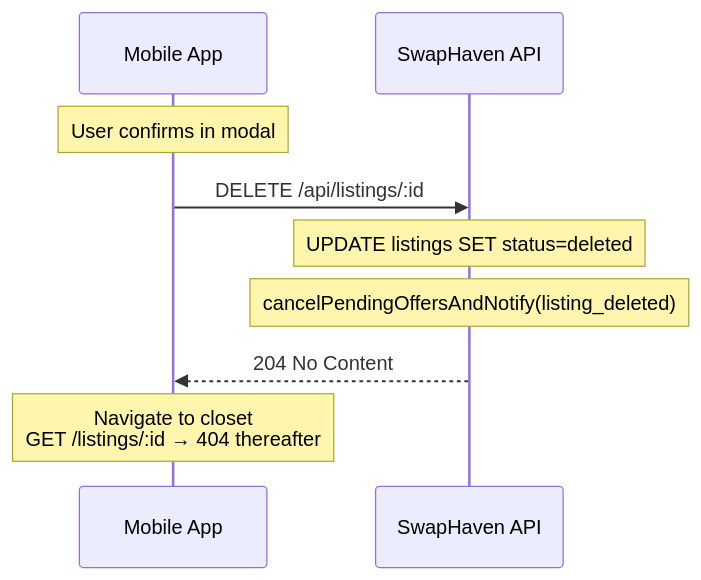
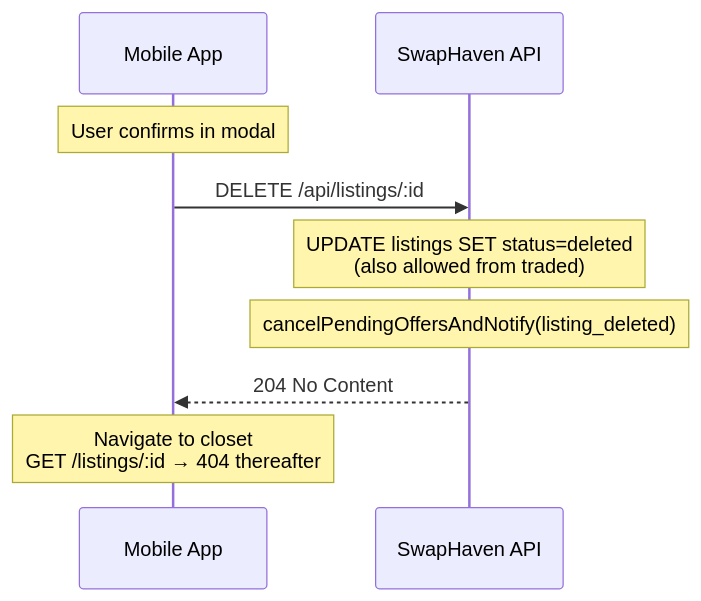
One commit to barterinfo/swaphaven-backend changed the eighth of 11 diagrams in docs/LISTING_MANAGEMENT_FEATURE.md. Above: the diagram before and after it, drawn with Mermaid. The commit also changed other lines of this file and 11 other files, not shown here.

````diff
--- a/docs/LISTING_MANAGEMENT_FEATURE.md
+++ b/docs/LISTING_MANAGEMENT_FEATURE.md
@@ -298,13 +311,13 @@
 ```mermaid
 sequenceDiagram
   participant App as Mobile App
   participant API as SwapHaven API
 
   Note over App: User confirms in modal
 
   App->>API: DELETE /api/listings/:id
-  Note over API: UPDATE listings SET status=deleted
+  Note over API: UPDATE listings SET status=deleted<br/>(also allowed from traded)
   Note over API: cancelPendingOffersAndNotify(listing_deleted)
   API-->>App: 204 No Content
   Note over App: Navigate to closet<br/>GET /listings/:id → 404 thereafter
 ```
````
